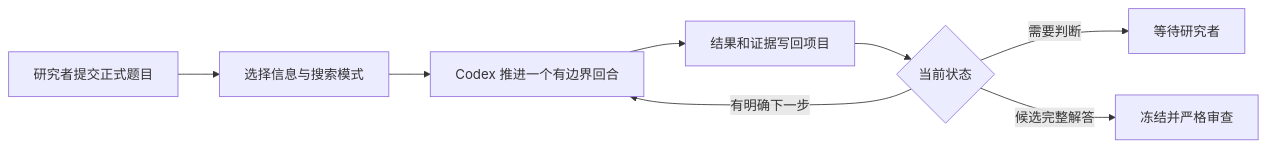
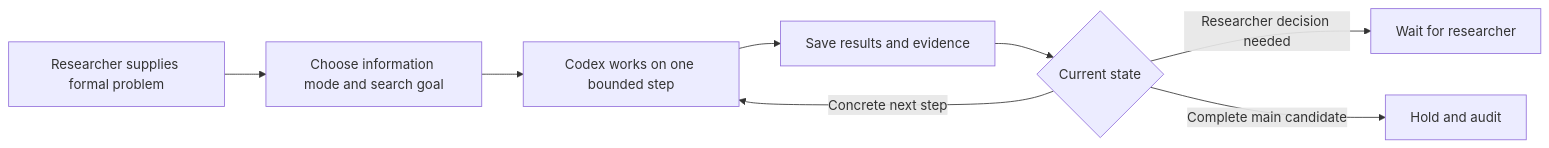
One commit to coker412/graph-geometry-research-workspace changed the diagram in README.md. Above: the diagram before and after it, drawn with Mermaid. The commit also changed other lines of this file and 70 other files, not shown here.

````diff
--- a/README.md
+++ b/README.md
@@ -140,10 +117,10 @@
 ```mermaid
 flowchart LR
-    A[研究者提交正式题目] --> B[选择信息与搜索模式]
-    B --> C[Codex 推进一个有边界回合]
-    C --> D[结果和证据写回项目]
-    D --> E{当前状态}
-    E -->|有明确下一步| C
-    E -->|需要判断| F[等待研究者]
-    E -->|候选完整解答| G[冻结并严格审查]
+    A[Researcher supplies formal problem] --> B[Choose information mode and search goal]
+    B --> C[Codex works on one bounded step]
+    C --> D[Save results and evidence]
+    D --> E{Current state}
+    E -->|Concrete next step| C
+    E -->|Researcher decision needed| F[Wait for researcher]
+    E -->|Complete main candidate| G[Hold and audit]
 ```
````
